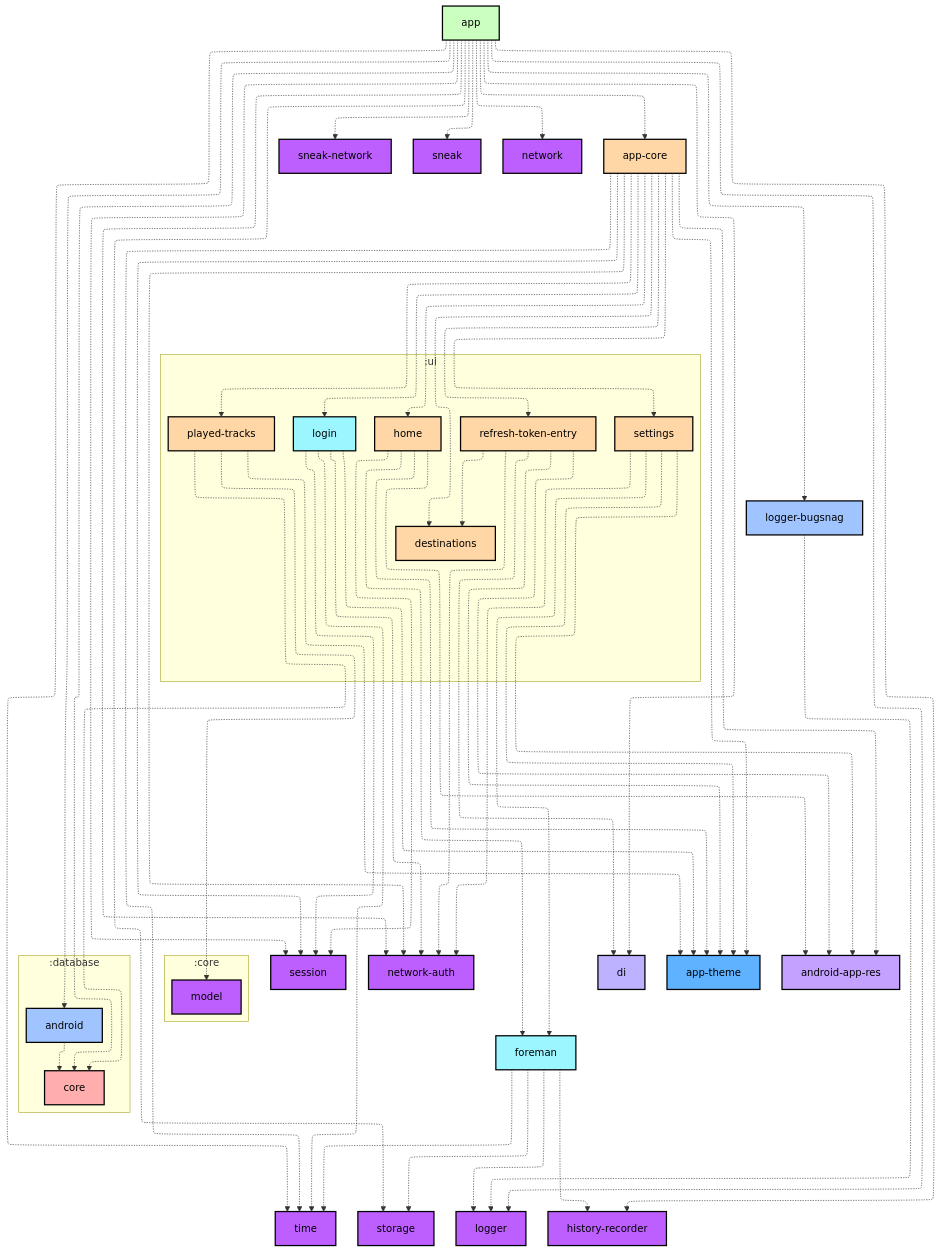
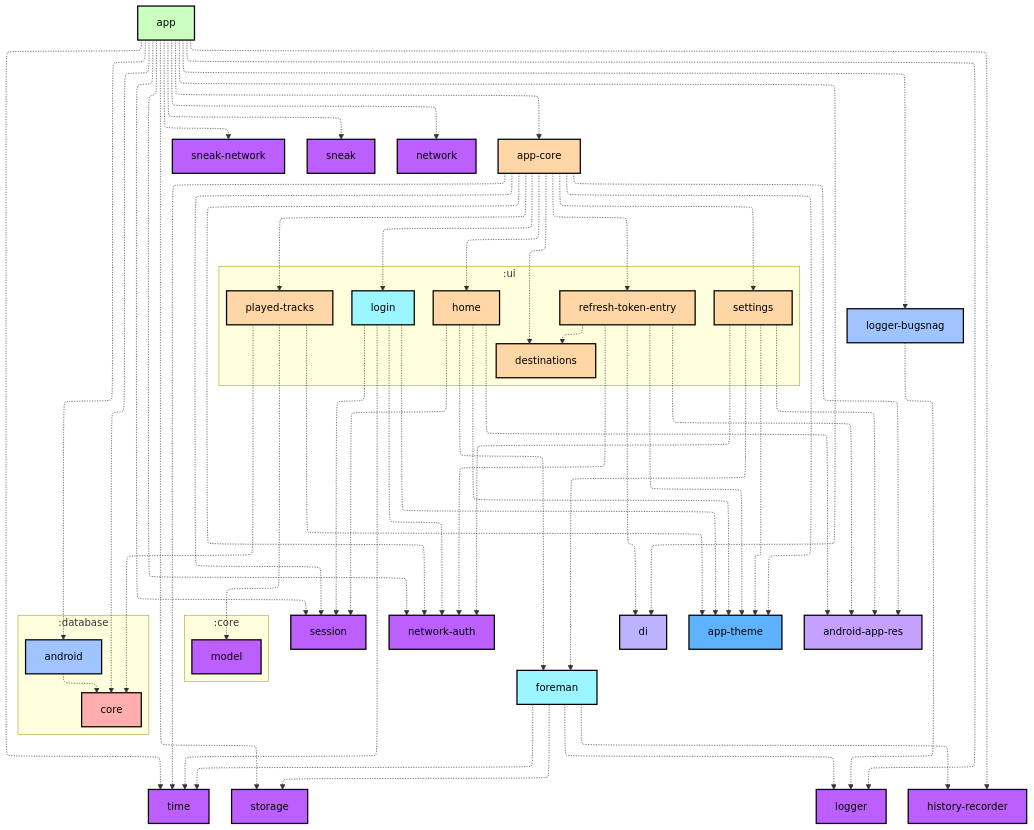
Before and after one commit to bryansills/LoudPing: the first of 2 diagrams in app/README.md, drawn with Mermaid. The commit also changed 1 other file, not shown here.

Commit message:
Let's try a different thing

```diff
--- a/app/README.md
+++ b/app/README.md
@@ -8,7 +8,7 @@
 config:
   layout: elk
   elk:
-    nodePlacementStrategy: SIMPLE
+    nodePlacementStrategy: NETWORK_SIMPLEX
 ---
 graph TB
   subgraph :core
```
